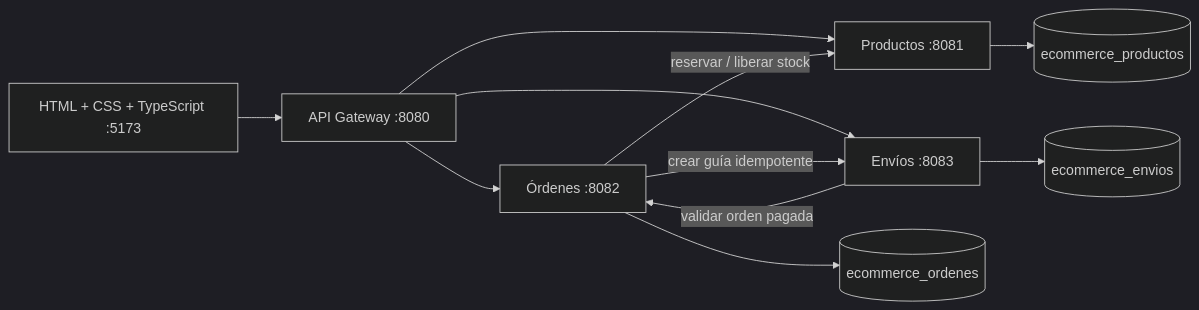
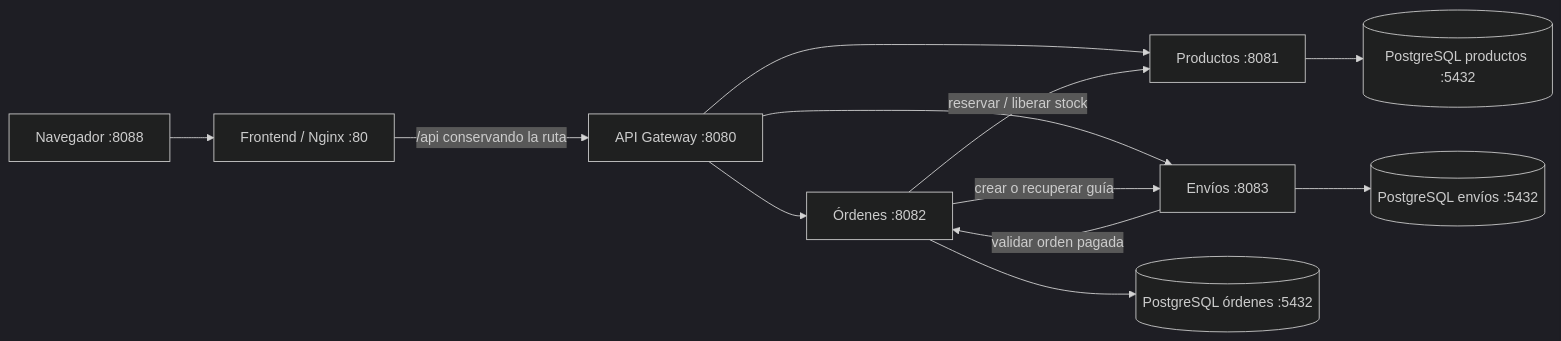
One commit to MACOABC/ecommerce-microservicios changed the diagram in README.md. Above: the diagram before and after it, drawn with Mermaid (dark theme). The commit also changed other lines of this file and 12 other files, not shown here.

````diff
--- a/README.md
+++ b/README.md
@@ -38,13 +9,14 @@
 ```mermaid
 flowchart LR
-    F["HTML + CSS + TypeScript :5173"] --> G["API Gateway :8080"]
+    U["Navegador :8088"] --> F["Frontend / Nginx :80"]
+    F -->|"/api conservando la ruta"| G["API Gateway :8080"]
     G --> P["Productos :8081"]
     G --> O["Órdenes :8082"]
     G --> E["Envíos :8083"]
     O -->|"reservar / liberar stock"| P
-    O -->|"crear guía idempotente"| E
+    O -->|"crear o recuperar guía"| E
     E -->|"validar orden pagada"| O
-    P --> DP[("ecommerce_productos")]
-    O --> DO[("ecommerce_ordenes")]
-    E --> DE[("ecommerce_envios")]
+    P --> DP[("PostgreSQL productos :5432")]
+    O --> DO[("PostgreSQL órdenes :5432")]
+    E --> DE[("PostgreSQL envíos :5432")]
 ```
````
